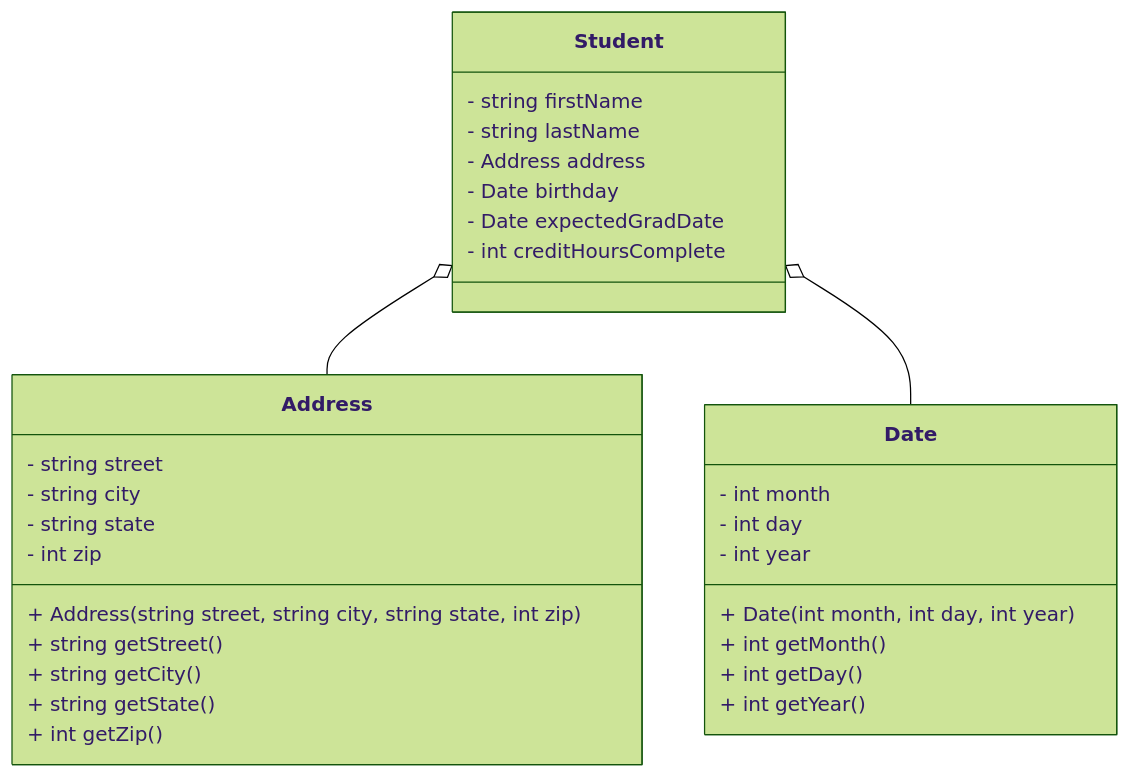
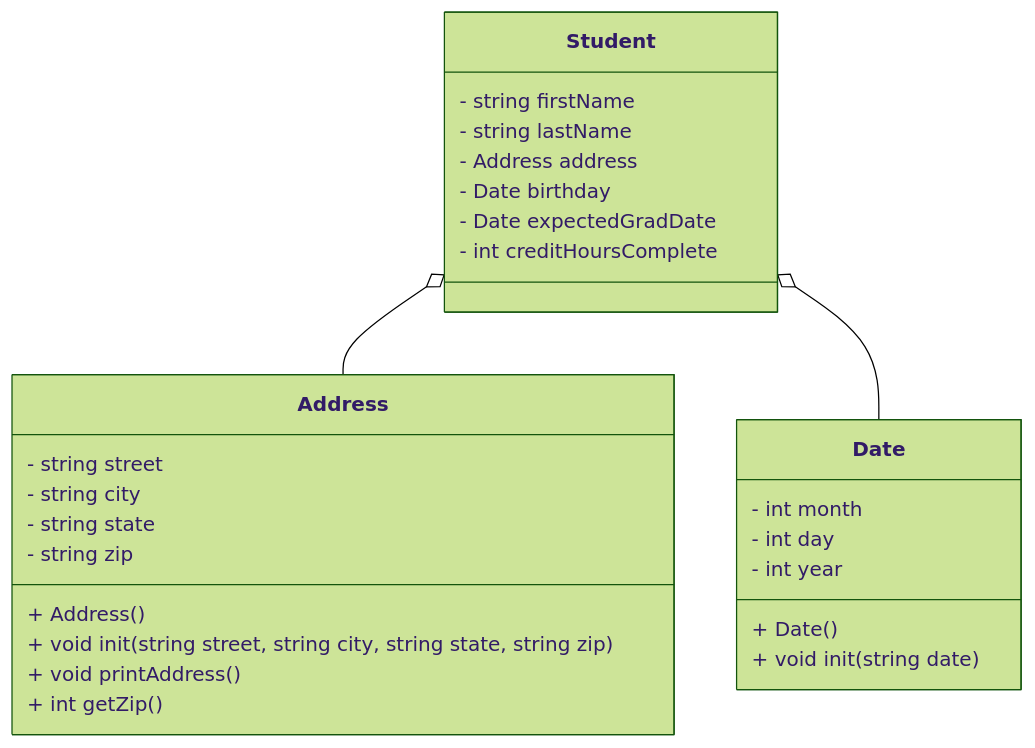
One commit to Lord-Raymik/CS121_Lab6 changed the diagram in studentHeap/README.md. Above: the diagram before and after it, drawn with Mermaid (forest theme).

Commit message:
commited changes to README.md for studentHeap

````diff
--- a/studentHeap/README.md
+++ b/studentHeap/README.md
@@ -3,40 +3,37 @@
 ```mermaid
 classDiagram
 
     class Address {    
         - string street
         - string city
         - string state
-        - int zip
+        - string zip
 
-        + Address(string street, string city, string state, int zip)
-        + string getStreet()
-        + string getCity()
-        + string getState()
+        + Address()
+        + void init(string street, string city, string state, string zip)
+        + void printAddress()
         + int getZip()
     }
 
     class Date {
         - int month
         - int day
         - int year
 
-        + Date(int month, int day, int year)
-        + int getMonth()
-        + int getDay()
-        + int getYear()
+        + Date()
+        + void init(string date)
     }
 
     class Student {
         - string firstName
         - string lastName
         - Address address
         - Date birthday
         - Date expectedGradDate
         - int creditHoursComplete
     }
 
     Student o-- Address
     Student o-- Date
 
 ```
````
